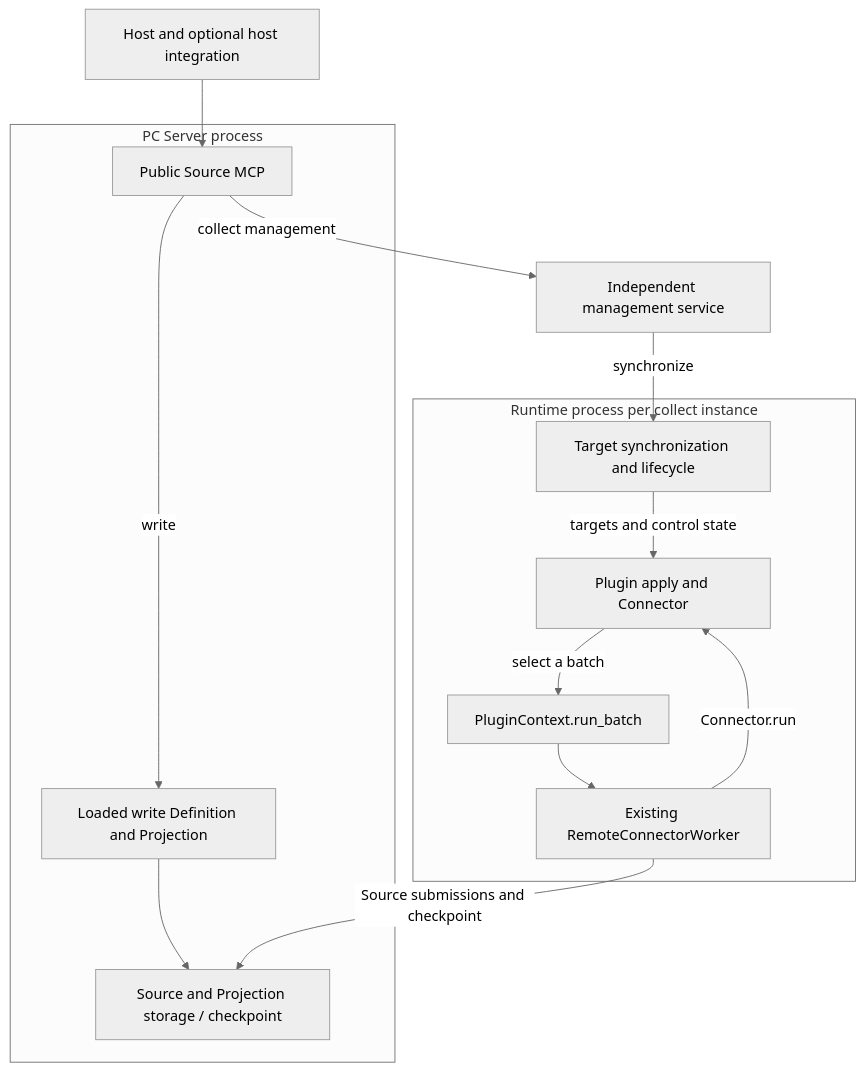
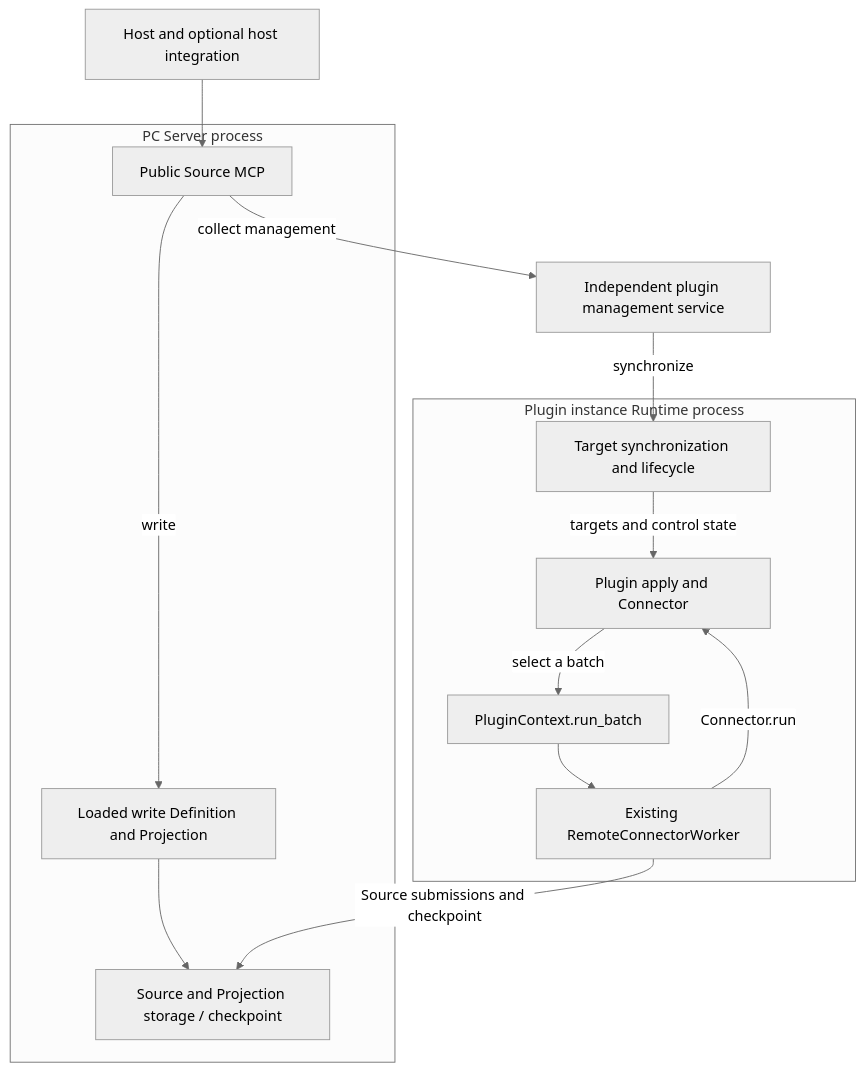
The first of 5 diagrams in docs/en/rfcs/0000-source-plugin-system.md (2397819368a-oss/powercontext-2026), drawn with Mermaid (neutral theme) before and after one commit. The commit also changed other lines of this file and 1 other file, not shown here.

Commit message:
docs(rfc): streamline source plugin proposal

````diff
--- a/docs/en/rfcs/0000-source-plugin-system.md
+++ b/docs/en/rfcs/0000-source-plugin-system.md
@@ -47,26 +45,26 @@
 ```mermaid
 flowchart TB
     H[Host and optional host integration]
     subgraph PC[PC Server process]
         M[Public Source MCP]
         W[Loaded write Definition and Projection]
         S[Source and Projection storage / checkpoint]
         M -->|write| W
         W --> S
     end
-    G[Independent management service]
-    subgraph RT[Runtime process per collect instance]
+    G[Independent plugin management service]
+    subgraph RT[Plugin instance Runtime process]
         R[Target synchronization and lifecycle]
         A[Plugin apply and Connector]
         C[PluginContext.run_batch]
         K[Existing RemoteConnectorWorker]
         R -->|targets and control state| A
         A -->|select a batch| C
         C --> K
         K -->|Connector.run| A
     end
     H --> M
     M -->|collect management| G
     G -->|synchronize| R
     K -->|Source submissions and checkpoint| S
 ```
````
